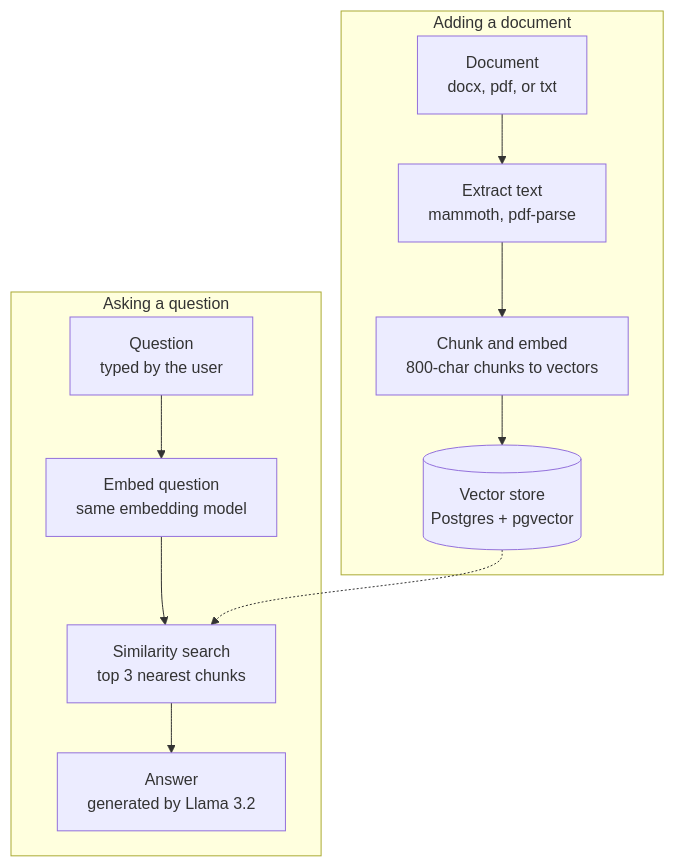
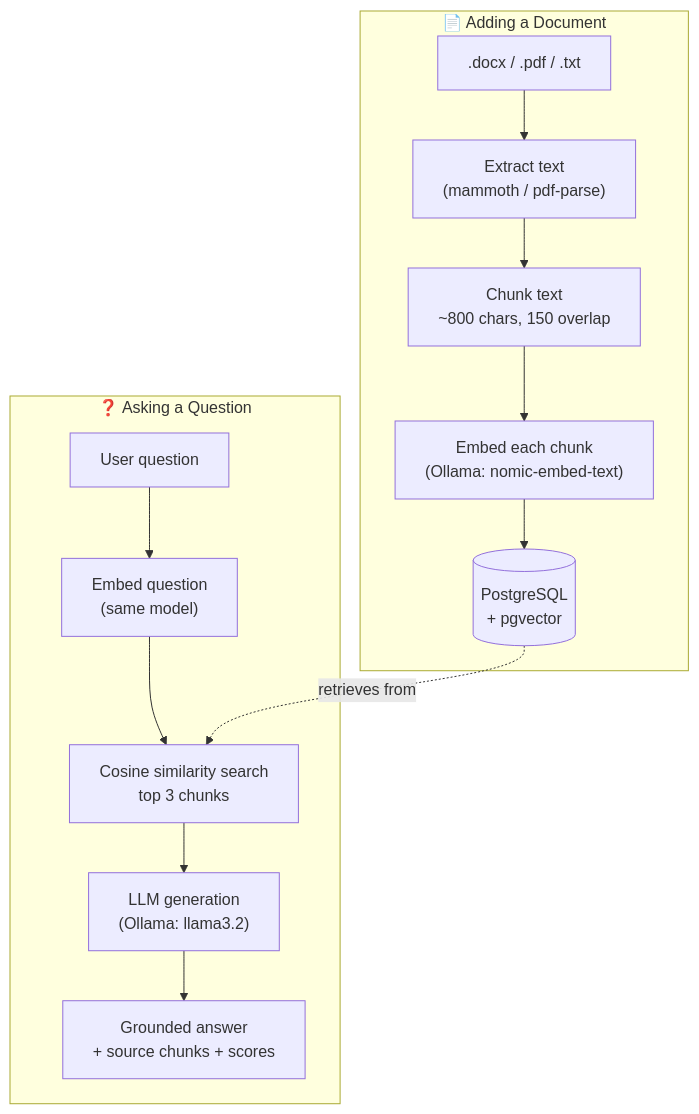
Before and after one commit to angelmae-lupac/mindvault: the diagram in README.md, drawn with Mermaid. The commit also changed other lines of this file, not shown here.

````diff
--- a/README.md
+++ b/README.md
@@ -16,14 +40,17 @@
 ```mermaid
-flowchart TB
-    subgraph Adding["Adding a document"]
-        A[Document<br/>docx, pdf, or txt] --> B[Extract text<br/>mammoth, pdf-parse]
-        B --> C[Chunk and embed<br/>800-char chunks to vectors]
-        C --> D[(Vector store<br/>Postgres + pgvector)]
+flowchart TD
+    subgraph Ingestion["📄 Adding a Document"]
+        A[".docx / .pdf / .txt"] --> B["Extract text<br/>(mammoth / pdf-parse)"]
+        B --> C["Chunk text<br/>~800 chars, 150 overlap"]
+        C --> D["Embed each chunk<br/>(Ollama: nomic-embed-text)"]
+        D --> E[("PostgreSQL<br/>+ pgvector")]
     end
-    subgraph Asking["Asking a question"]
-        E[Question<br/>typed by the user] --> F[Embed question<br/>same embedding model]
-        F --> G[Similarity search<br/>top 3 nearest chunks]
-        G --> H[Answer<br/>generated by Llama 3.2]
+
+    subgraph Query["❓ Asking a Question"]
+        F["User question"] --> G["Embed question<br/>(same model)"]
+        G --> H["Cosine similarity search<br/>top 3 chunks"]
+        E -.retrieves from.-> H
+        H --> I["LLM generation<br/>(Ollama: llama3.2)"]
+        I --> J["Grounded answer<br/>+ source chunks + scores"]
     end
-    D -.-> G
 ```
````
